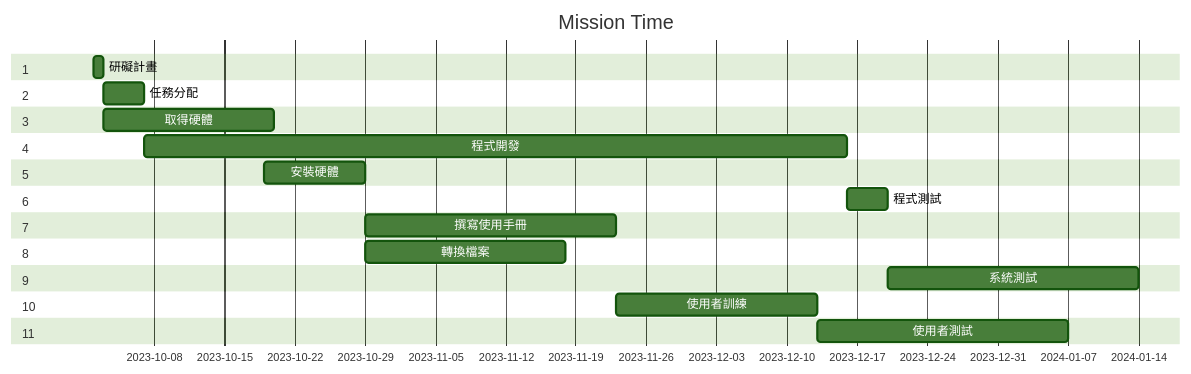
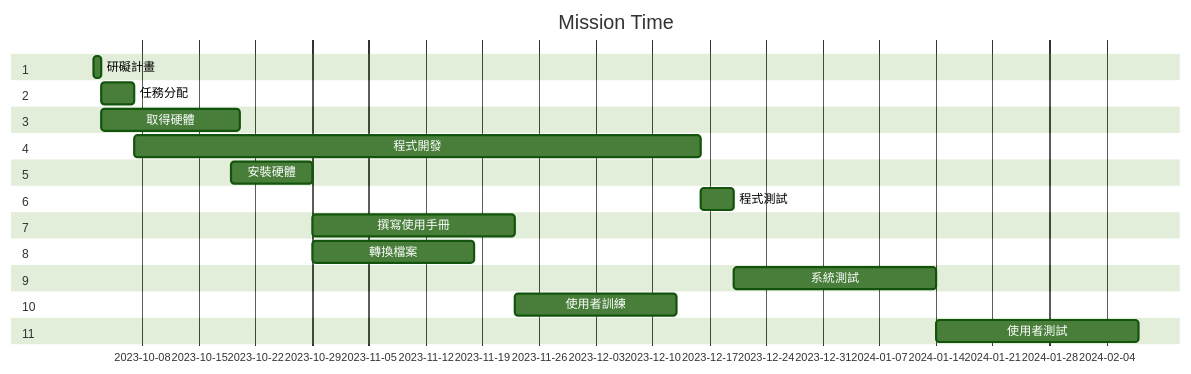
Before and after one commit to Landingran/23a: the diagram in hw2.md, drawn with Mermaid (forest theme).

````diff
--- a/hw2.md
+++ b/hw2.md
@@ -3,31 +3,31 @@
 ```mermaid
 gantt
     title Mission Time
 
     section 1
     研礙計畫           :a1, 2023-10-02, 1d
     section 2
     任務分配     :after a1  , 4d
     section 3
     取得硬體     :after a1  , 17d
     section 4
     程式開發      :a4, 2023-10-7  , 70d
     section 5
     安裝硬體     :a5, 2023-10-19   ,10d
     section 6
     程式測試    :a6, after a4   ,4d
     section 7
     撰寫使用手冊    :a7, after a5 ,25d
     section 8
     轉換檔案     :after a5  , 20d
     section 9
-    系統測試     :after a6 , 25d
+    系統測試     :a9,after a6 , 25d
     section 10
     使用者訓練     :a10, after a7 , 20d
     section 11
-    使用者測試     :after a10 , 25d
+    使用者測試     :after a9 , 25d
  
 
 
 
 ```
````
